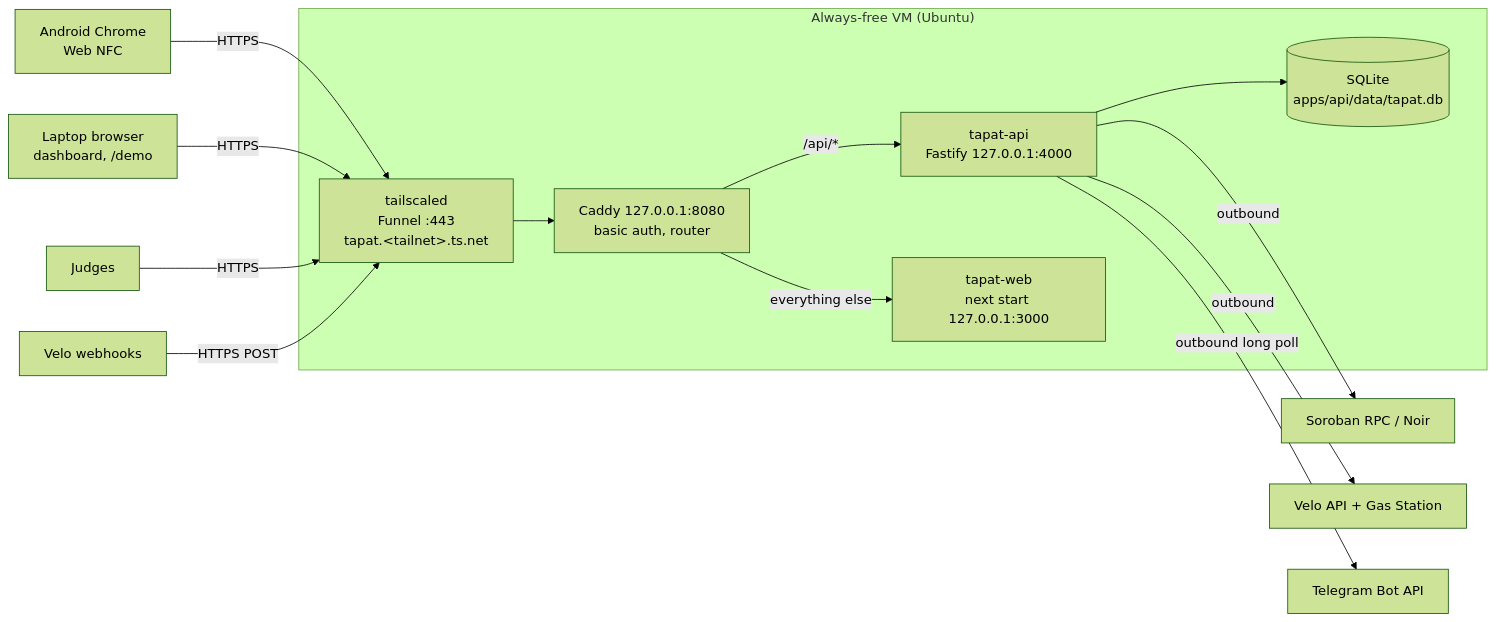
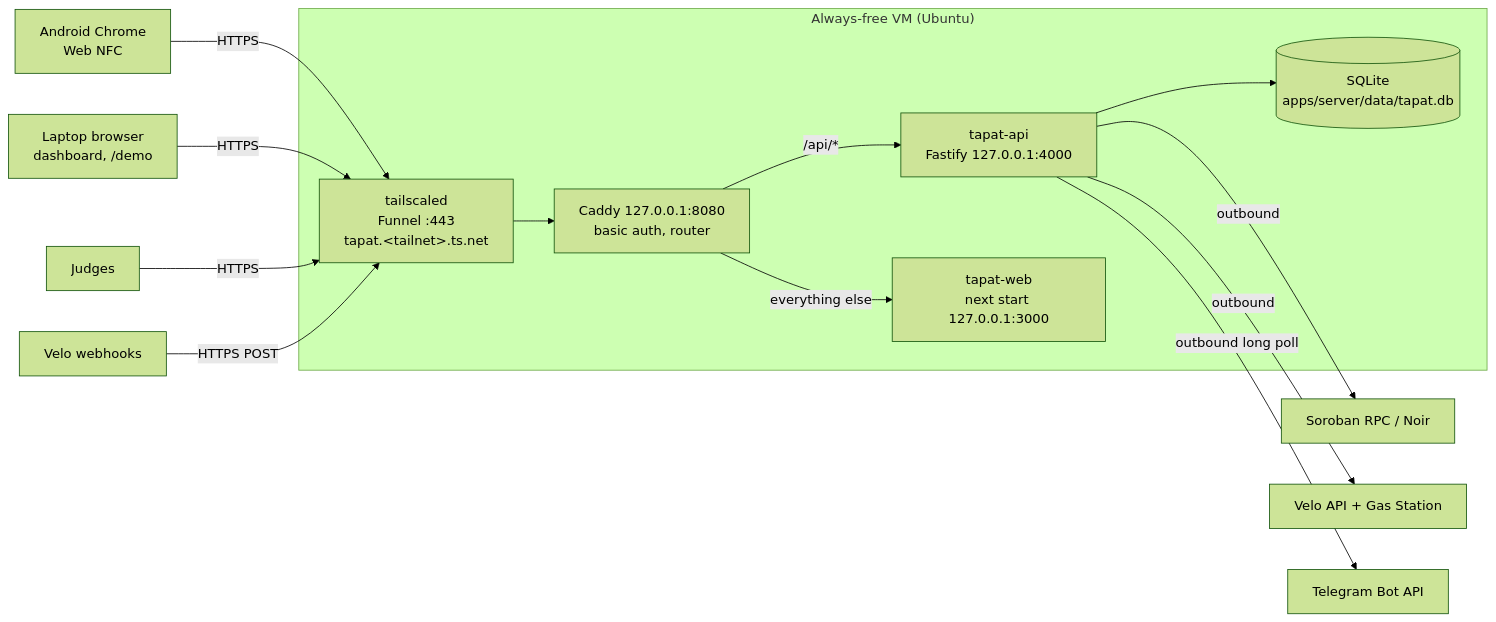
Before and after one commit to Jimuelle07/TAPat: the diagram in docs/deployment.md, drawn with Mermaid (forest theme). The commit also changed other lines of this file and 53 other files, not shown here.

Commit message:
refactor: handbook monorepo layout (apps/server, packages/agent, root .env.example)

````diff
--- a/docs/deployment.md
+++ b/docs/deployment.md
@@ -46,18 +46,18 @@
 ```mermaid
 flowchart LR
     Phone["Android Chrome<br/>Web NFC"] -->|HTTPS| Funnel
     Laptop["Laptop browser<br/>dashboard, /demo"] -->|HTTPS| Funnel
     Judges["Judges"] -->|HTTPS| Funnel
     Velo["Velo webhooks"] -->|HTTPS POST| Funnel
 
     subgraph VM["Always-free VM (Ubuntu)"]
         Funnel["tailscaled<br/>Funnel :443<br/>tapat.&lt;tailnet&gt;.ts.net"] --> Caddy["Caddy 127.0.0.1:8080<br/>basic auth, router"]
         Caddy -->|"/api/*"| API["tapat-api<br/>Fastify 127.0.0.1:4000"]
         Caddy -->|"everything else"| Web["tapat-web<br/>next start 127.0.0.1:3000"]
-        API --> DB[("SQLite<br/>apps/api/data/tapat.db")]
+        API --> DB[("SQLite<br/>apps/server/data/tapat.db")]
     end
 
     API -->|outbound| RPC["Soroban RPC / Noir"]
     API -->|outbound| VeloAPI["Velo API + Gas Station"]
     API -->|"outbound long poll"| TG["Telegram Bot API"]
 ```
````
